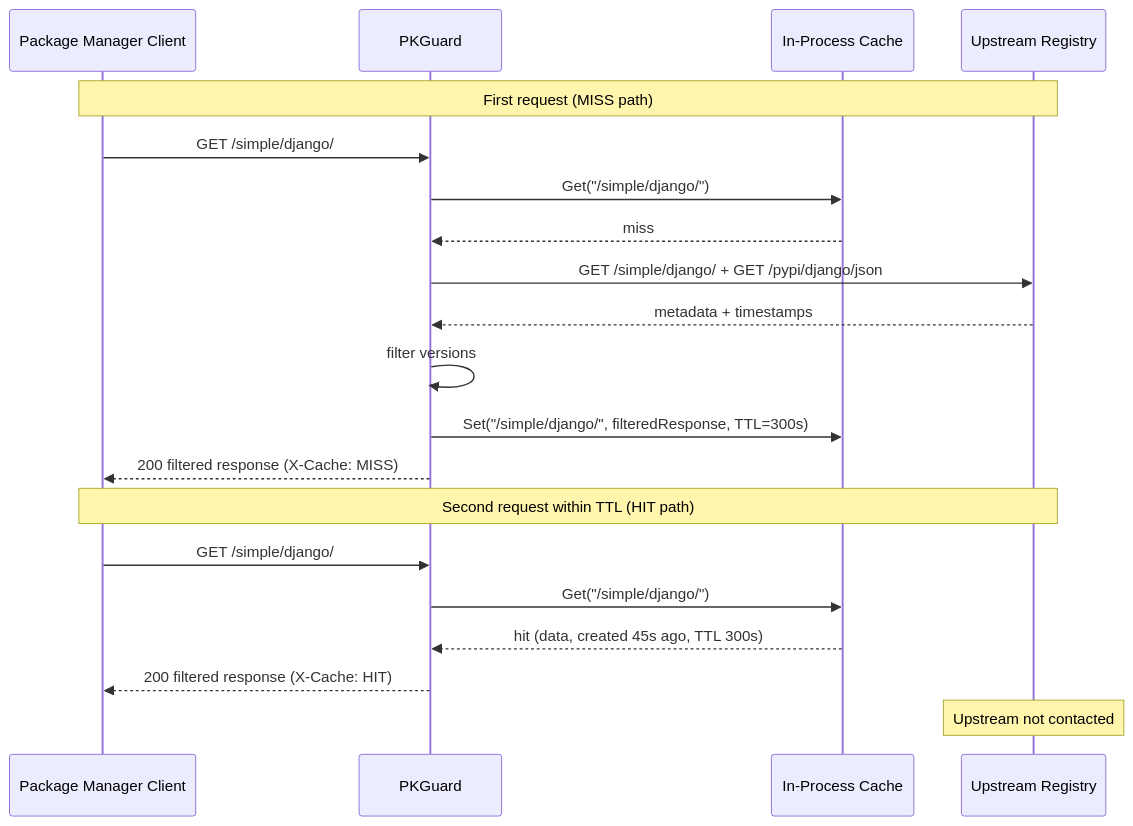
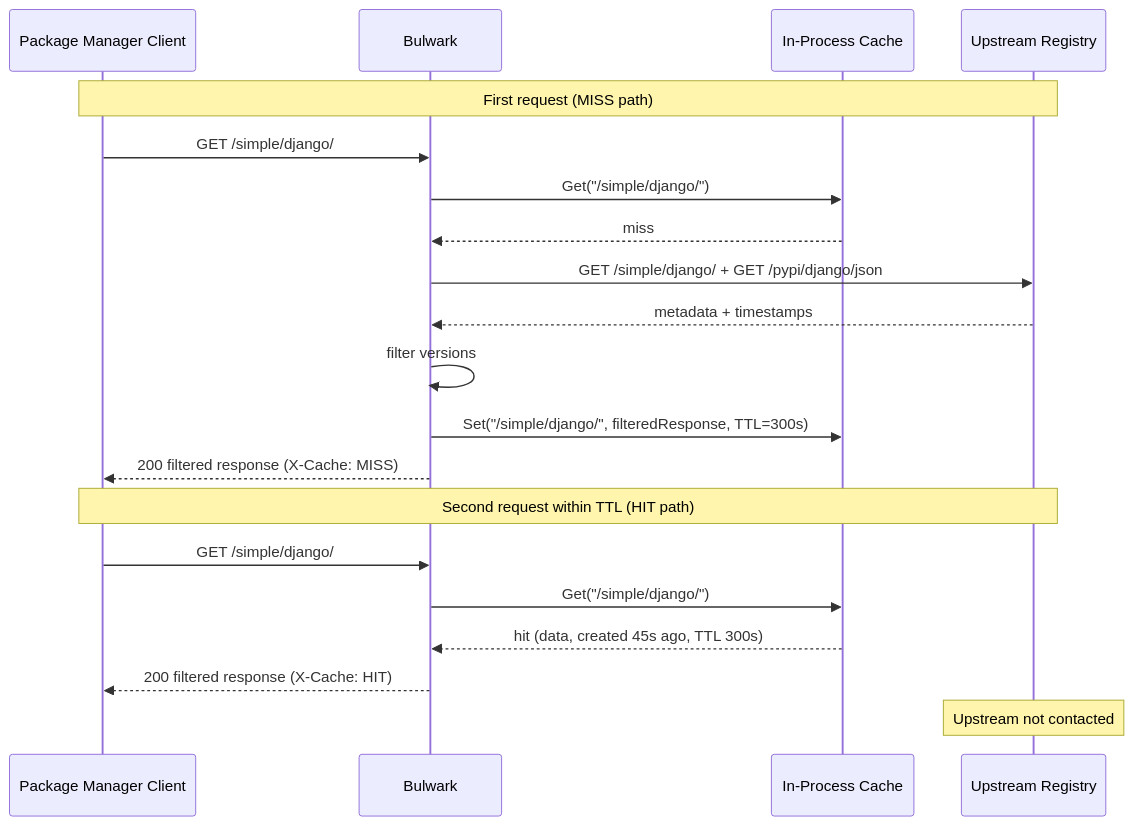
Diagram 12 of 20 in docs/ARCHITECTURE.md (Bluewaves54/Bulwark), drawn with Mermaid before and after one commit. The commit also changed other lines of this file and 165 other files, not shown here.

First line of the commit message:
Rename project from PKGuard to Bulwark

````diff
--- a/docs/ARCHITECTURE.md
+++ b/docs/ARCHITECTURE.md
@@ -469,24 +469,24 @@
 ```mermaid
 sequenceDiagram
     participant client as Package Manager Client
-    participant proxy as PKGuard
+    participant proxy as Bulwark
     participant cache as In-Process Cache
     participant upstream as Upstream Registry
 
     Note over client,upstream: First request (MISS path)
     client->>proxy: GET /simple/django/
     proxy->>cache: Get("/simple/django/")
     cache-->>proxy: miss
     proxy->>upstream: GET /simple/django/ + GET /pypi/django/json
     upstream-->>proxy: metadata + timestamps
     proxy->>proxy: filter versions
     proxy->>cache: Set("/simple/django/", filteredResponse, TTL=300s)
     proxy-->>client: 200 filtered response (X-Cache: MISS)
 
     Note over client,upstream: Second request within TTL (HIT path)
     client->>proxy: GET /simple/django/
     proxy->>cache: Get("/simple/django/")
     cache-->>proxy: hit (data, created 45s ago, TTL 300s)
     proxy-->>client: 200 filtered response (X-Cache: HIT)
     Note over upstream: Upstream not contacted
 ```
````
